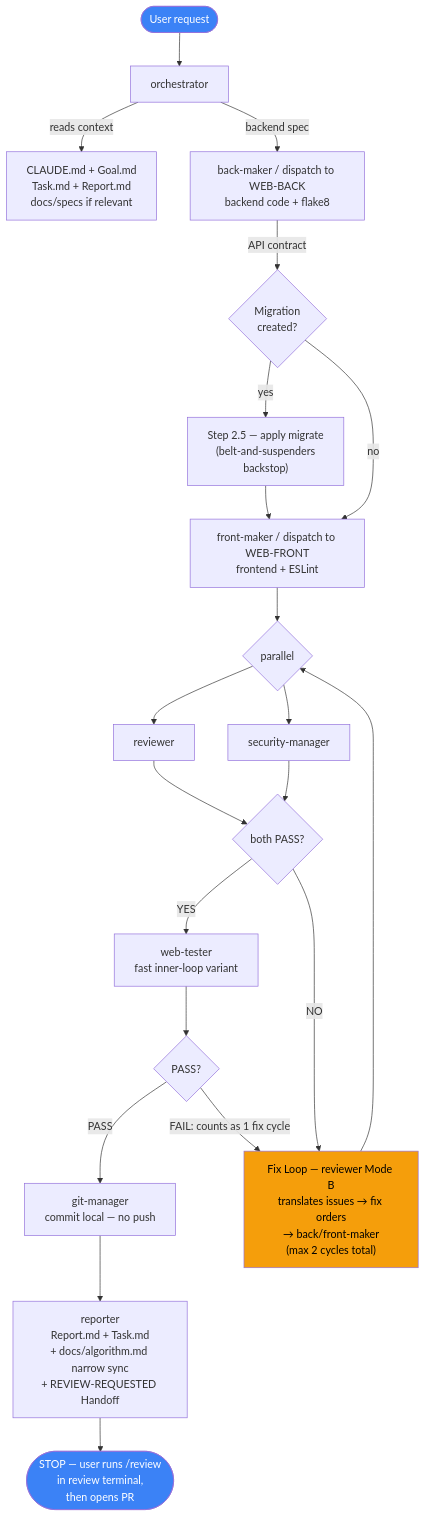
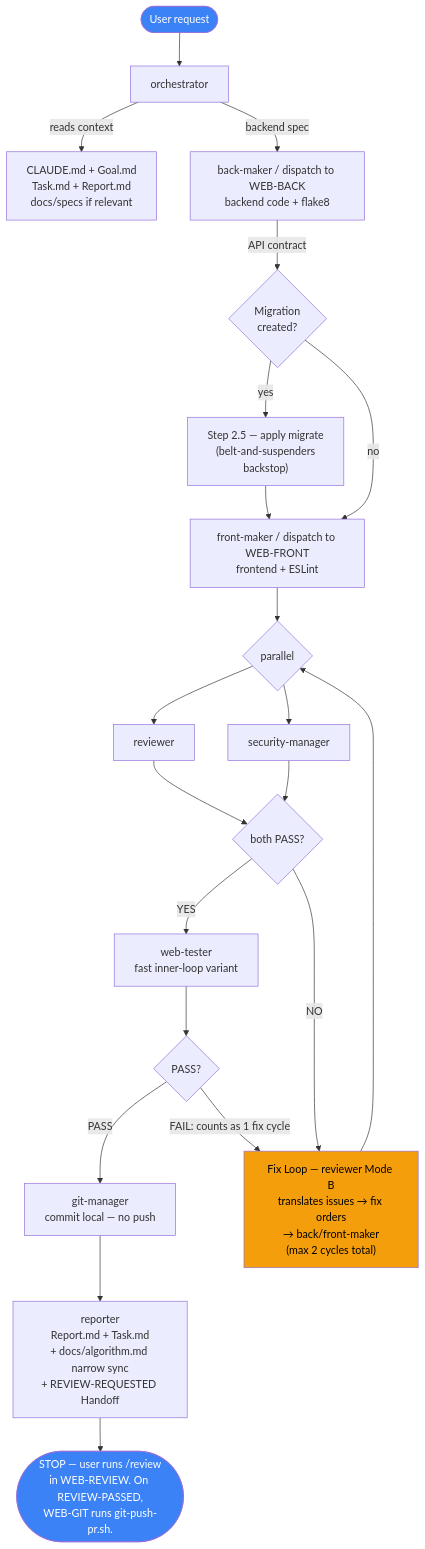
The fifth of 7 diagrams in .claude/WORKFLOW.md (hongikarchi/archi-tinder), drawn with Mermaid before and after one commit. The commit also changed other lines of this file and 53 other files, not shown here.

````diff
--- a/.claude/WORKFLOW.md
+++ b/.claude/WORKFLOW.md
@@ -229,27 +286,27 @@
 ```mermaid
 flowchart TD
     Start([User request]) --> Orch[orchestrator]
     Orch -->|reads context| Ctx[CLAUDE.md + Goal.md<br/>Task.md + Report.md<br/>docs/specs if relevant]
     Orch -->|backend spec| BM[back-maker / dispatch to WEB-BACK<br/>backend code + flake8]
     BM -->|API contract| Mig{Migration<br/>created?}
     Mig -->|yes| Migrate["Step 2.5 — apply migrate<br/>(belt-and-suspenders<br/>backstop)"]
     Mig -->|no| FM
     Migrate --> FM[front-maker / dispatch to WEB-FRONT<br/>frontend + ESLint]
     FM --> Par{parallel}
     Par --> RV[reviewer]
     Par --> SC[security-manager]
     RV --> Dec{both PASS?}
     SC --> Dec
     Dec -->|YES| WT[web-tester<br/>fast inner-loop variant]
     Dec -->|NO| FL["Fix Loop — reviewer Mode B<br/>translates issues → fix orders<br/>→ back/front-maker<br/>(max 2 cycles total)"]
     FL --> Par
     WT --> WD{PASS?}
     WD -->|PASS| GM[git-manager<br/>commit local — no push]
     WD -->|FAIL: counts as 1 fix cycle| FL
     GM --> RP[reporter<br/>Report.md + Task.md<br/>+ docs/algorithm.md narrow sync<br/>+ REVIEW-REQUESTED Handoff]
-    RP --> Stop([STOP — user runs /review<br/>in review terminal,<br/>then opens PR])
+    RP --> Stop([STOP — user runs /review<br/>in WEB-REVIEW. On REVIEW-PASSED,<br/>WEB-GIT runs git-push-pr.sh.])
 
     style Start fill:#3b82f6,color:#fff
     style Stop fill:#3b82f6,color:#fff
     style FL fill:#f59e0b,color:#000
 ```
````
